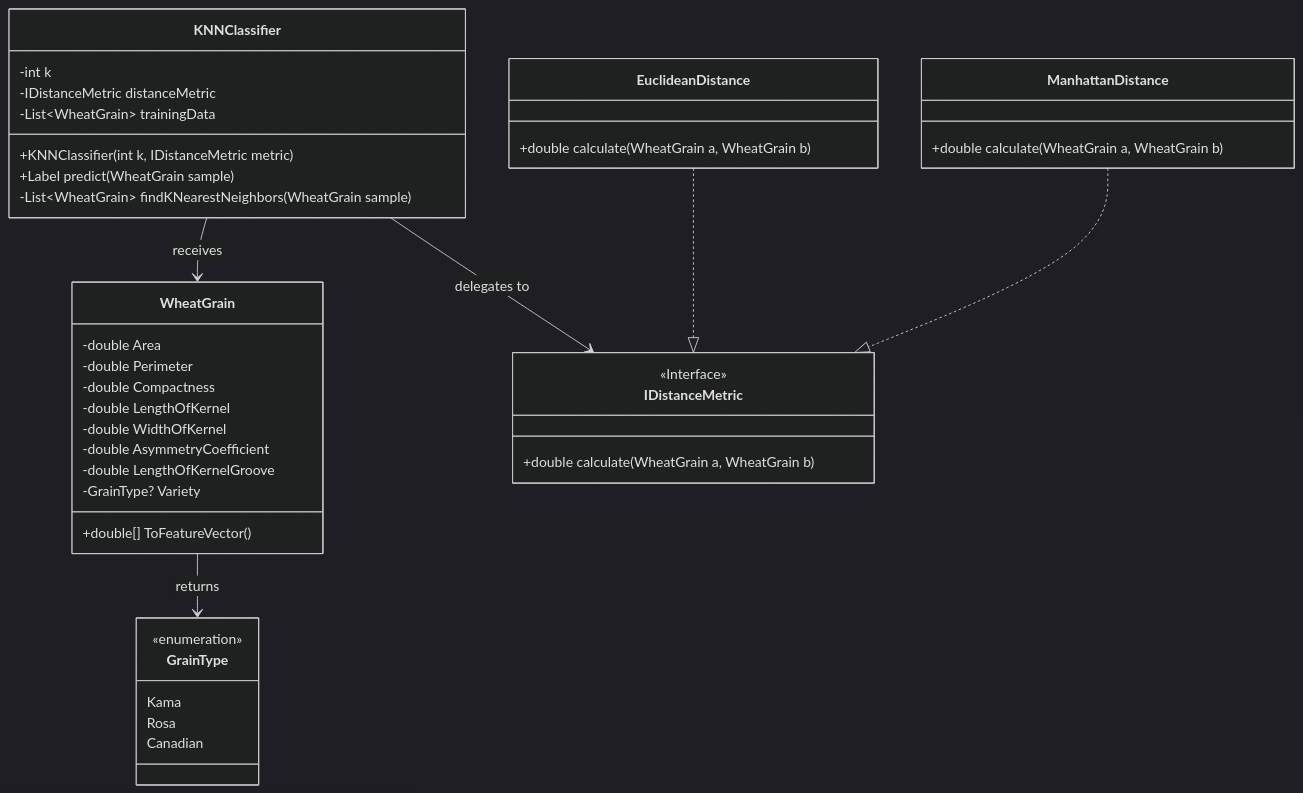
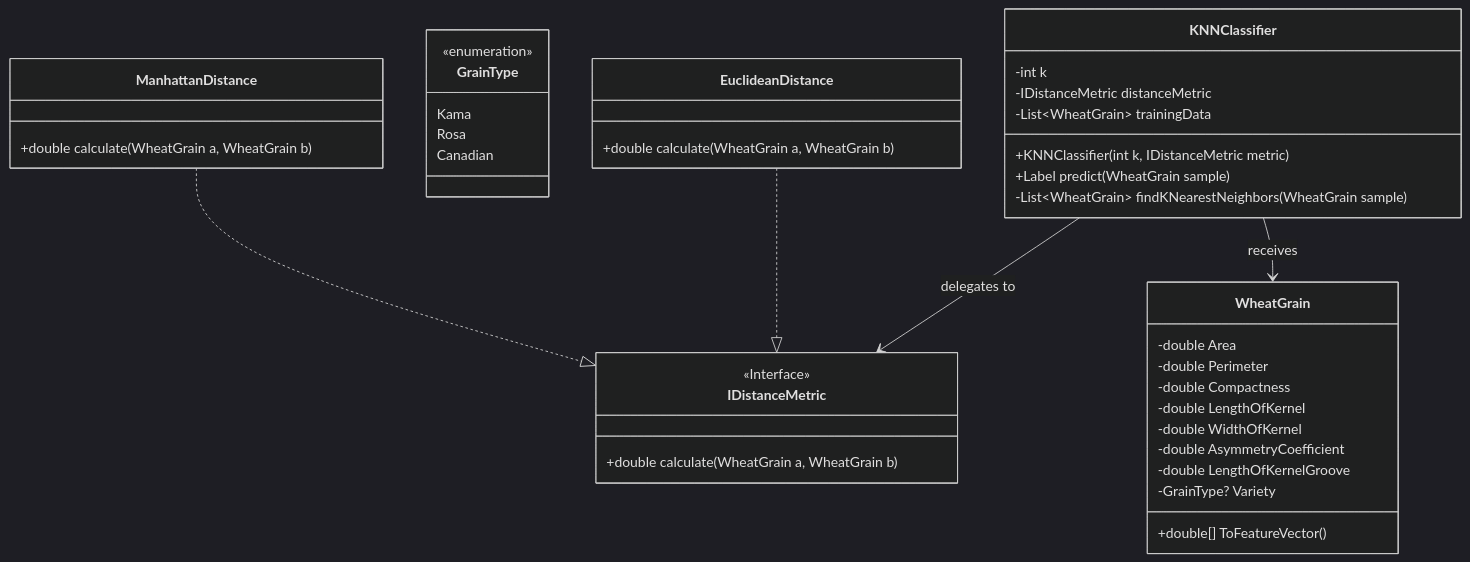
Before and after one commit to Lil-Code30/WheatGrainClassifier: the first of 2 diagrams in README.md, drawn with Mermaid (dark theme).

Commit message:
feat : k-NN classification UML model v1.1.2

````diff
--- a/README.md
+++ b/README.md
@@ -18,51 +18,51 @@
 ```mermaid
 classDiagram
     class KNNClassifier {
         -int k
         -IDistanceMetric distanceMetric
         -List~WheatGrain~ trainingData
         +KNNClassifier(int k, IDistanceMetric metric)
         +Label predict(WheatGrain sample)
         -List~WheatGrain~ findKNearestNeighbors(WheatGrain sample)
     }
 
     class WheatGrain {
         -double Area
         -double Perimeter
         -double Compactness
         -double LengthOfKernel
         -double WidthOfKernel
         -double AsymmetryCoefficient
         -double LengthOfKernelGroove
         -GrainType? Variety
         +double[] ToFeatureVector()
         
     }
 
     class GrainType {
         <<enumeration>>
         Kama
         Rosa
         Canadian
     }
 
     class IDistanceMetric {
         <<Interface>>
         +double calculate(WheatGrain a, WheatGrain b)
     }
 
     class EuclideanDistance {
         +double calculate(WheatGrain a, WheatGrain b)
     }
 
     class ManhattanDistance {
         +double calculate(WheatGrain a, WheatGrain b)
     }
 
   
     KNNClassifier --> IDistanceMetric : delegates to
     KNNClassifier --> WheatGrain : receives
     EuclideanDistance ..|> IDistanceMetric
     ManhattanDistance ..|> IDistanceMetric
-    WheatGrain --> GrainType : returns
+    
 ```
````
